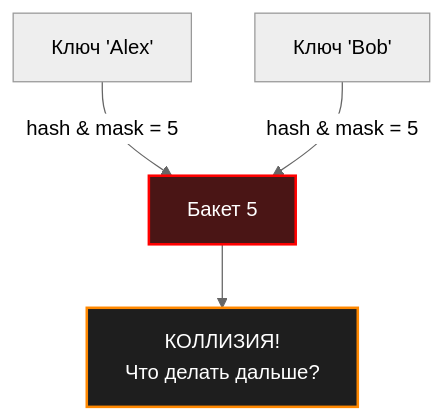
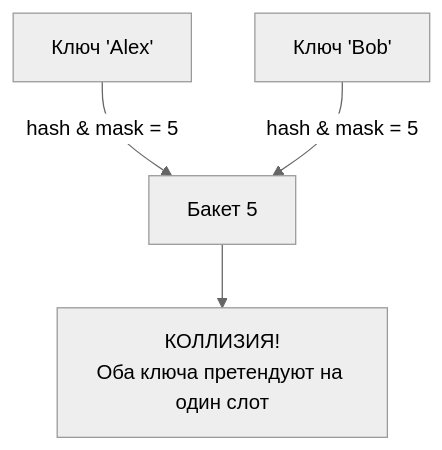
The first of 2 diagrams in sources/20. Алгоритмы и структуры данных (DSA) на Go/03. Хеширование/3. Разрешение коллизий.md (UnrealTemplier/go-textbook), drawn with Mermaid (neutral theme) before and after one commit. The commit also changed other lines of this file, not shown here.

````diff
--- a/sources/20. Алгоритмы и структуры данных (DSA) на Go/03. Хеширование/3. Разрешение коллизий.md
+++ b/sources/20. Алгоритмы и структуры данных (DSA) на Go/03. Хеширование/3. Разрешение коллизий.md
@@ -27,9 +39,6 @@
 ```mermaid
 flowchart TD
     K1["Ключ 'Alex'"] -->|"hash & mask = 5"| B5["Бакет 5"]
     K2["Ключ 'Bob'"] -->|"hash & mask = 5"| B5
-    B5 --> C["КОЛЛИЗИЯ!<br>Что делать дальше?"]
-    
-    style B5 fill:#4a1515,stroke:#ff0000,stroke-width:2px,color:#fff
-    style C fill:#1e1e1e,stroke:#ff8800,stroke-width:2px,color:#fff
+    B5 --> C["КОЛЛИЗИЯ!<br/>Оба ключа претендуют на один слот"]
 ```
````
